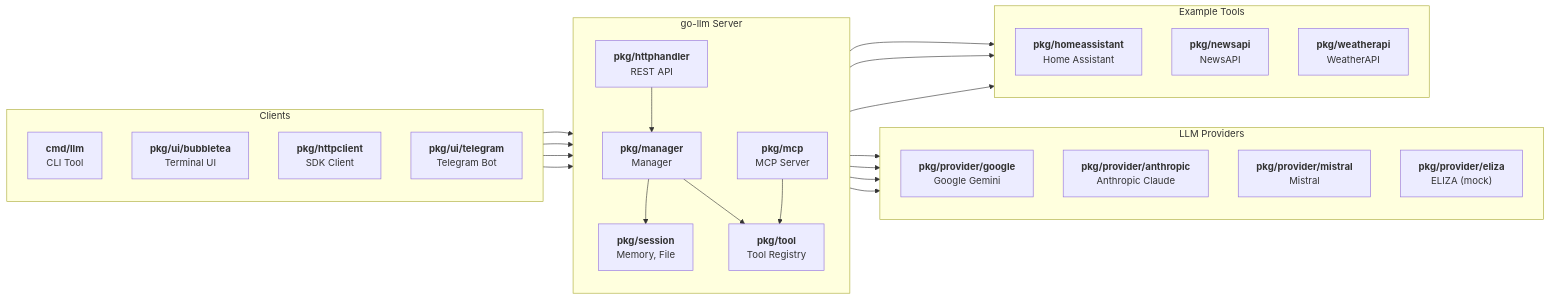
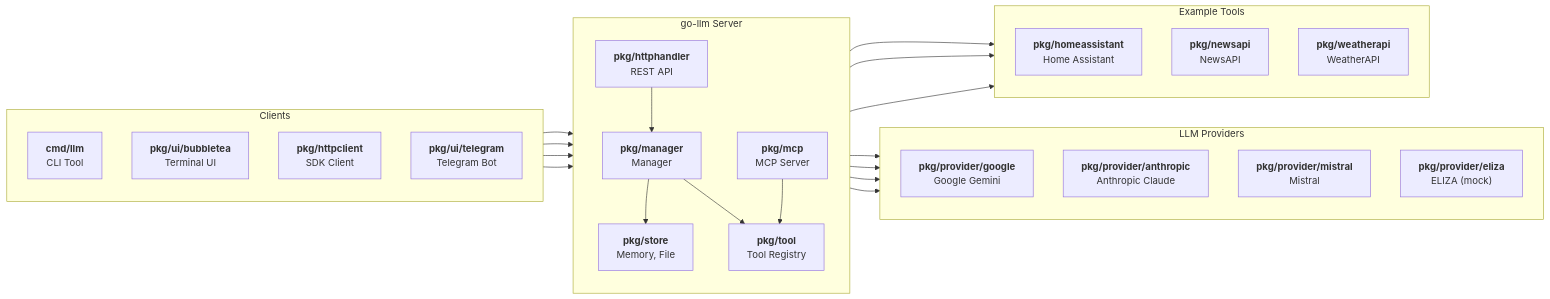
Before and after one commit to mutablelogic/go-llm: the diagram in README.md, drawn with Mermaid. The commit also changed other lines of this file and 40 other files, not shown here.

````diff
--- a/README.md
+++ b/README.md
@@ -198,67 +198,67 @@
 ```mermaid
 %%{init: {"flowchart": {"htmlLabels": false}} }%%
 flowchart LR
     subgraph Clients["Clients"]
         direction TB
         CLI["`**cmd/llm**
         CLI Tool`"]
         TUI["`**pkg/ui/bubbletea**
         Terminal UI`"]
         SDK["`**pkg/httpclient**
         SDK Client`"]
         Telegram["`**pkg/ui/telegram**
         Telegram Bot`"]
     end
 
     subgraph Server["go-llm Server"]
         direction TB
         API["`**pkg/httphandler**
         REST API`"]
         Agent["`**pkg/manager**
         Manager`"]
-        Sessions["`**pkg/session**
+        Sessions["`**pkg/store**
         Memory, File`"]
         Tools["`**pkg/tool**
         Tool Registry`"]
         MCP["`**pkg/mcp**
         MCP Server`"]
     end
 
     subgraph Providers["LLM Providers"]
         direction TB
         Gemini["`**pkg/provider/google**
         Google Gemini`"]
         Claude["`**pkg/provider/anthropic**
         Anthropic Claude`"]
         Mistral["`**pkg/provider/mistral**
         Mistral`"]
         Eliza["`**pkg/provider/eliza**
         ELIZA (mock)`"]
     end
 
     subgraph ToolImpls["Example Tools"]
         direction TB
         HA["`**pkg/homeassistant**
         Home Assistant`"]
         News["`**pkg/newsapi**
         NewsAPI`"]
         Weather["`**pkg/weatherapi**
         WeatherAPI`"]
     end
 
     CLI --> API
     TUI --> API
     SDK --> API
     Telegram --> API
     API --> Agent
     Agent --> Sessions
     Agent --> Tools
     Agent --> Gemini
     Agent --> Claude
     Agent --> Mistral
     Agent --> Eliza
     Tools --> HA
     Tools --> News
     Tools --> Weather
     MCP --> Tools
 ```
````
